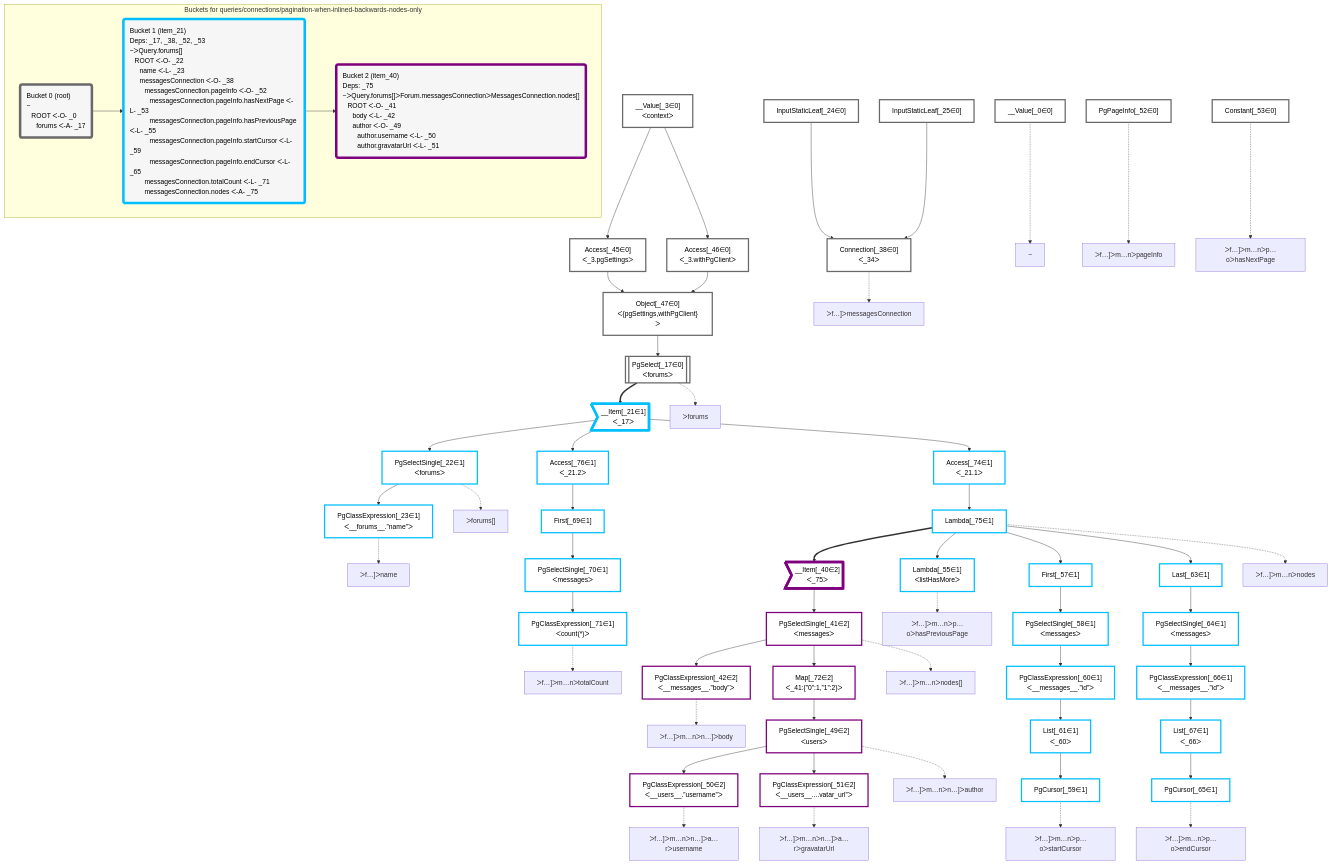
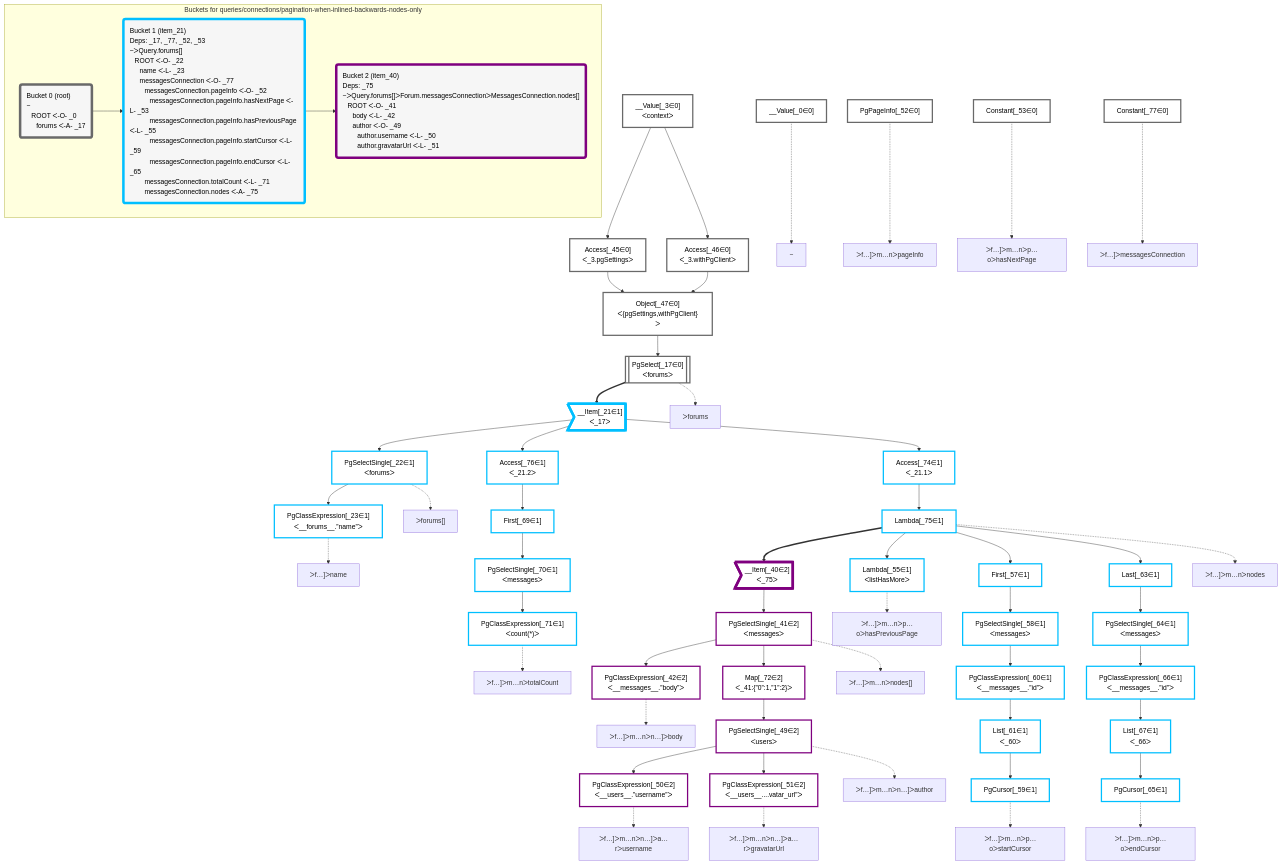
Before and after one commit to graphile/crystal: the diagram in packages/dataplan-pg/__tests__/queries/connections/pagination-when-inlined-backwards-nodes-only.mermaid.md, drawn with Mermaid. The commit also changed 57 other files, not shown here.

```diff
--- a/packages/dataplan-pg/__tests__/queries/connections/pagination-when-inlined-backwards-nodes-only.mermaid.md
+++ b/packages/dataplan-pg/__tests__/queries/connections/pagination-when-inlined-backwards-nodes-only.mermaid.md
@@ -41,9 +41,7 @@
     Access_45["Access[_45∈0]<br />ᐸ_3.pgSettingsᐳ"]:::plan
     Access_46["Access[_46∈0]<br />ᐸ_3.withPgClientᐳ"]:::plan
     __Value_3["__Value[_3∈0]<br />ᐸcontextᐳ"]:::plan
-    Connection_38["Connection[_38∈0]<br />ᐸ_34ᐳ"]:::plan
-    InputStaticLeaf_24["InputStaticLeaf[_24∈0]"]:::plan
-    InputStaticLeaf_25["InputStaticLeaf[_25∈0]"]:::plan
+    Constant_77["Constant[_77∈0]"]:::plan
     PgPageInfo_52["PgPageInfo[_52∈0]"]:::plan
     Constant_53["Constant[_53∈0]"]:::plan
 
@@ -79,7 +77,6 @@
     Access_45 & Access_46 --> Object_47
     __Value_3 --> Access_45
     __Value_3 --> Access_46
-    InputStaticLeaf_24 & InputStaticLeaf_25 --> Connection_38
 
     %% plan-to-path relationships
     P_0["~"]
@@ -90,8 +87,6 @@
     PgSelectSingle_22 -.-> P_22
     P_23["ᐳf…]ᐳname"]
     PgClassExpression_23 -.-> P_23
-    P_38["ᐳf…]ᐳmessagesConnection"]
-    Connection_38 -.-> P_38
     P_41["ᐳf…]ᐳm…nᐳnodes[]"]
     PgSelectSingle_41 -.-> P_41
     P_42["ᐳf…]ᐳm…nᐳn…]ᐳbody"]
@@ -116,12 +111,14 @@
     PgClassExpression_71 -.-> P_71
     P_75["ᐳf…]ᐳm…nᐳnodes"]
     Lambda_75 -.-> P_75
+    P_77["ᐳf…]ᐳmessagesConnection"]
+    Constant_77 -.-> P_77
 
     subgraph "Buckets for queries/connections/pagination-when-inlined-backwards-nodes-only"
     Bucket0("Bucket 0 (root)<br />~<br />⠀ROOT ᐸ-O- _0<br />⠀⠀forums ᐸ-A- _17"):::bucket
     classDef bucket0 stroke:#696969
-    class Bucket0,__Value_0,__Value_3,PgSelect_17,InputStaticLeaf_24,InputStaticLeaf_25,Connection_38,Access_45,Access_46,Object_47,PgPageInfo_52,Constant_53 bucket0
-    Bucket1("Bucket 1 (item_21)<br />Deps: _17, _38, _52, _53<br />~ᐳQuery.forums[]<br />⠀ROOT ᐸ-O- _22<br />⠀⠀name ᐸ-L- _23<br />⠀⠀messagesConnection ᐸ-O- _38<br />⠀⠀⠀messagesConnection.pageInfo ᐸ-O- _52<br />⠀⠀⠀⠀messagesConnection.pageInfo.hasNextPage ᐸ-L- _53<br />⠀⠀⠀⠀messagesConnection.pageInfo.hasPreviousPage ᐸ-L- _55<br />⠀⠀⠀⠀messagesConnection.pageInfo.startCursor ᐸ-L- _59<br />⠀⠀⠀⠀messagesConnection.pageInfo.endCursor ᐸ-L- _65<br />⠀⠀⠀messagesConnection.totalCount ᐸ-L- _71<br />⠀⠀⠀messagesConnection.nodes ᐸ-A- _75"):::bucket
+    class Bucket0,__Value_0,__Value_3,PgSelect_17,Access_45,Access_46,Object_47,PgPageInfo_52,Constant_53,Constant_77 bucket0
+    Bucket1("Bucket 1 (item_21)<br />Deps: _17, _77, _52, _53<br />~ᐳQuery.forums[]<br />⠀ROOT ᐸ-O- _22<br />⠀⠀name ᐸ-L- _23<br />⠀⠀messagesConnection ᐸ-O- _77<br />⠀⠀⠀messagesConnection.pageInfo ᐸ-O- _52<br />⠀⠀⠀⠀messagesConnection.pageInfo.hasNextPage ᐸ-L- _53<br />⠀⠀⠀⠀messagesConnection.pageInfo.hasPreviousPage ᐸ-L- _55<br />⠀⠀⠀⠀messagesConnection.pageInfo.startCursor ᐸ-L- _59<br />⠀⠀⠀⠀messagesConnection.pageInfo.endCursor ᐸ-L- _65<br />⠀⠀⠀messagesConnection.totalCount ᐸ-L- _71<br />⠀⠀⠀messagesConnection.nodes ᐸ-A- _75"):::bucket
     classDef bucket1 stroke:#00bfff
     class Bucket1,__Item_21,PgSelectSingle_22,PgClassExpression_23,Lambda_55,First_57,PgSelectSingle_58,PgCursor_59,PgClassExpression_60,List_61,Last_63,PgSelectSingle_64,PgCursor_65,PgClassExpression_66,List_67,First_69,PgSelectSingle_70,PgClassExpression_71,Access_74,Lambda_75,Access_76 bucket1
     Bucket2("Bucket 2 (item_40)<br />Deps: _75<br />~ᐳQuery.forums[]ᐳForum.messagesConnectionᐳMessagesConnection.nodes[]<br />⠀ROOT ᐸ-O- _41<br />⠀⠀body ᐸ-L- _42<br />⠀⠀author ᐸ-O- _49<br />⠀⠀⠀author.username ᐸ-L- _50<br />⠀⠀⠀author.gravatarUrl ᐸ-L- _51"):::bucket
```
